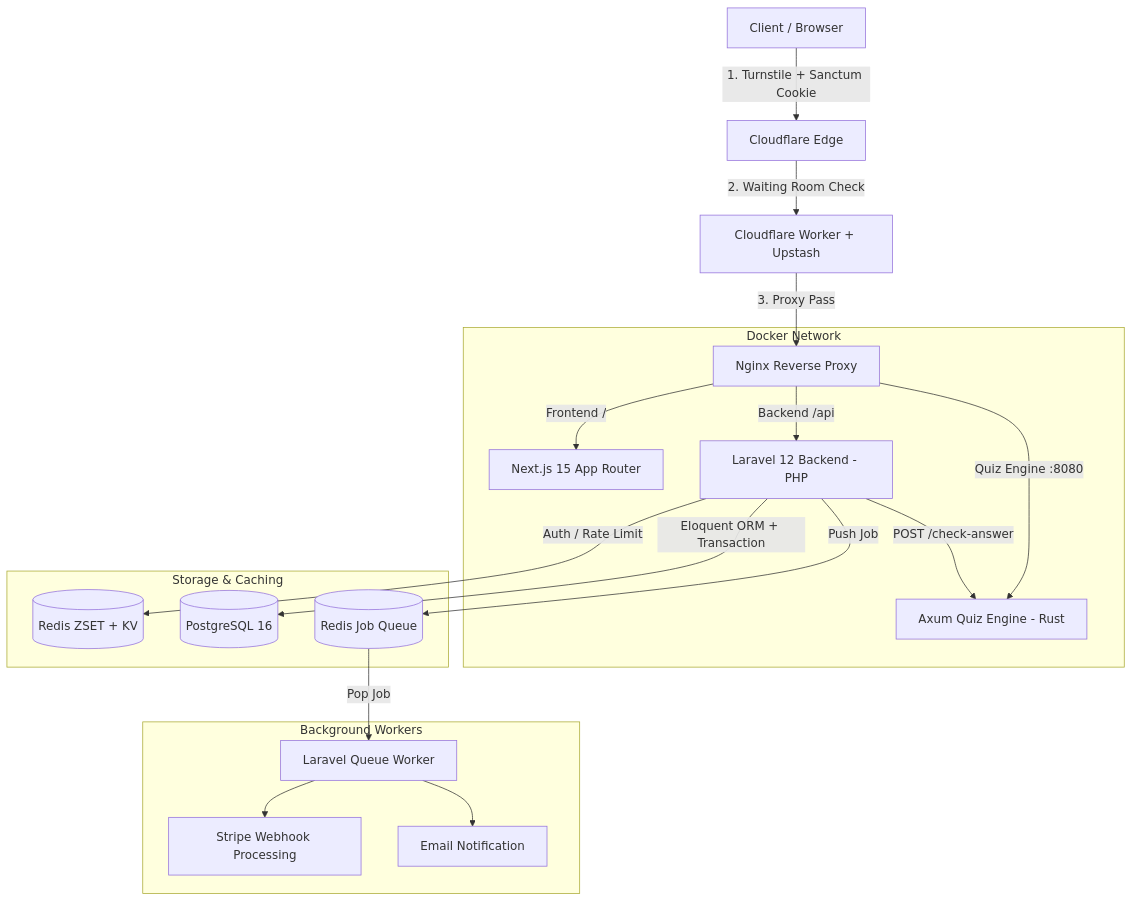
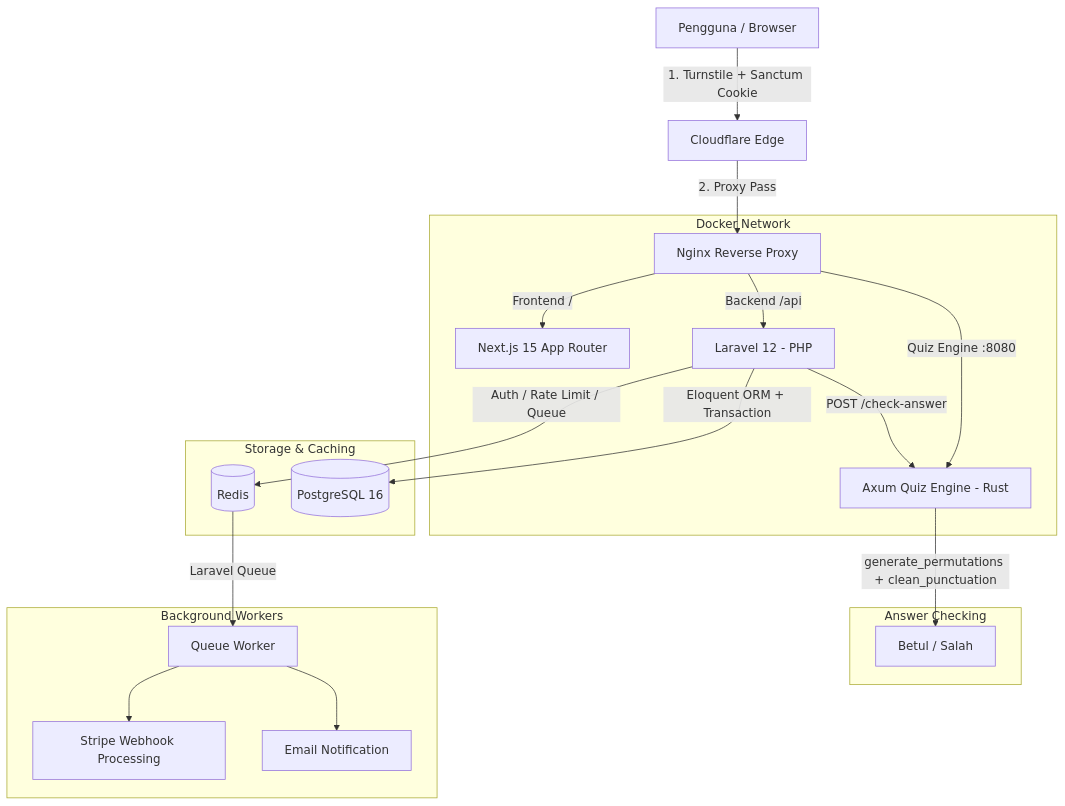
The first of 3 diagrams in prompt_planning.md (muhammadkmal27/vocabulary), drawn with Mermaid before and after one commit. The commit also changed other lines of this file and 1 other file, not shown here.

Commit message:
fix(docs): remove quotes inside mermaid node labels

````diff
--- a/prompt_planning.md
+++ b/prompt_planning.md
@@ -94,31 +94,27 @@
 ```mermaid
 graph TD
-    Client[Client / Browser]
-    
-    Client -->|1. Turnstile + Sanctum Cookie| CF[Cloudflare Edge]
-    
-    CF -->|2. Waiting Room Check| WorkerNode[Cloudflare Worker + Upstash]
-    
-    WorkerNode -->|3. Proxy Pass| Nginx[Nginx Reverse Proxy]
+    Client[Pengguna / Browser] -->|1. Turnstile + Sanctum Cookie| CF[Cloudflare Edge]
+    CF -->|2. Proxy Pass| Nginx[Nginx Reverse Proxy]
 
     subgraph Docker Network
         Nginx -->|Frontend /| NextJS[Next.js 15 App Router]
-        Nginx -->|Backend /api| Laravel[Laravel 12 Backend - PHP]
+        Nginx -->|Backend /api| Laravel[Laravel 12 - PHP]
         Nginx -->|Quiz Engine :8080| Rust[Axum Quiz Engine - Rust]
     end
 
     subgraph Storage & Caching
-        Laravel -->|Auth / Rate Limit| RedisKV[(Redis ZSET + KV)]
+        Laravel -->|Auth / Rate Limit / Queue| Redis[(Redis)]
         Laravel -->|Eloquent ORM + Transaction| Postgres[(PostgreSQL 16)]
-        Laravel -->|Push Job| RedisQueue[(Redis Job Queue)]
     end
-    
-    Laravel -->|POST /check-answer| Rust
 
-    RedisQueue -->|Pop Job| BackgroundWorker
+    subgraph Answer Checking
+        Laravel -->|POST /check-answer| Rust
+        Rust -->|generate_permutations + clean_punctuation| Result[Betul / Salah]
+    end
 
     subgraph Background Workers
-        BackgroundWorker[Laravel Queue Worker] --> Stripe[Stripe Webhook Processing]
-        BackgroundWorker --> Email[Email Notification]
+        Redis -->|Laravel Queue| Worker[Queue Worker]
+        Worker --> Stripe[Stripe Webhook Processing]
+        Worker --> SMTP[Email Notification]
     end
 ```
````
